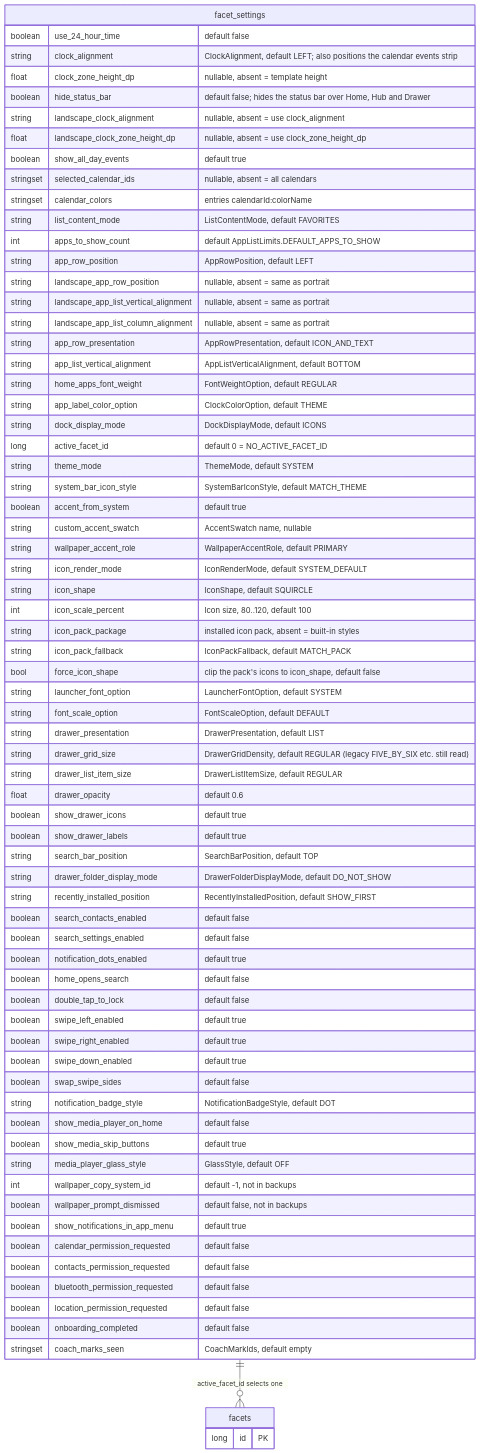
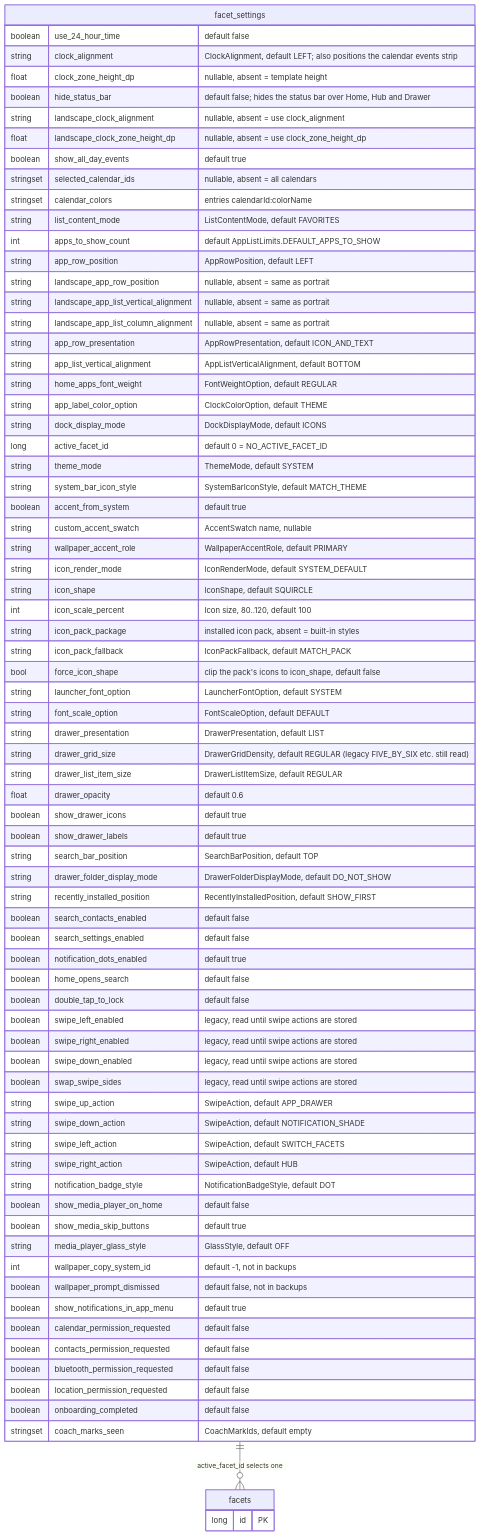
The third of 3 diagrams in docs/architecture/02-persistence-room.md (rohitganjam/facet-launcher), drawn with Mermaid before and after one commit. The commit also changed other lines of this file and 34 other files, not shown here.

First line of the commit message:
Gestures: pick an action for each swipe

````diff
--- a/docs/architecture/02-persistence-room.md
+++ b/docs/architecture/02-persistence-room.md
@@ -422,76 +422,80 @@
 ```mermaid
 erDiagram
     facet_settings {
         boolean use_24_hour_time "default false"
         string clock_alignment "ClockAlignment, default LEFT; also positions the calendar events strip"
         float clock_zone_height_dp "nullable, absent = template height"
         boolean hide_status_bar "default false; hides the status bar over Home, Hub and Drawer"
         string landscape_clock_alignment "nullable, absent = use clock_alignment"
         float landscape_clock_zone_height_dp "nullable, absent = use clock_zone_height_dp"
         boolean show_all_day_events "default true"
         stringset selected_calendar_ids "nullable, absent = all calendars"
         stringset calendar_colors "entries calendarId:colorName"
         string list_content_mode "ListContentMode, default FAVORITES"
         int apps_to_show_count "default AppListLimits.DEFAULT_APPS_TO_SHOW"
         string app_row_position "AppRowPosition, default LEFT"
         string landscape_app_row_position "nullable, absent = same as portrait"
         string landscape_app_list_vertical_alignment "nullable, absent = same as portrait"
         string landscape_app_list_column_alignment "nullable, absent = same as portrait"
         string app_row_presentation "AppRowPresentation, default ICON_AND_TEXT"
         string app_list_vertical_alignment "AppListVerticalAlignment, default BOTTOM"
         string home_apps_font_weight "FontWeightOption, default REGULAR"
         string app_label_color_option "ClockColorOption, default THEME"
         string dock_display_mode "DockDisplayMode, default ICONS"
         long active_facet_id "default 0 = NO_ACTIVE_FACET_ID"
         string theme_mode "ThemeMode, default SYSTEM"
         string system_bar_icon_style "SystemBarIconStyle, default MATCH_THEME"
         boolean accent_from_system "default true"
         string custom_accent_swatch "AccentSwatch name, nullable"
         string wallpaper_accent_role "WallpaperAccentRole, default PRIMARY"
         string icon_render_mode "IconRenderMode, default SYSTEM_DEFAULT"
         string icon_shape "IconShape, default SQUIRCLE"
         int icon_scale_percent "Icon size, 80..120, default 100"
         string icon_pack_package "installed icon pack, absent = built-in styles"
         string icon_pack_fallback "IconPackFallback, default MATCH_PACK"
         bool force_icon_shape "clip the pack's icons to icon_shape, default false"
         string launcher_font_option "LauncherFontOption, default SYSTEM"
         string font_scale_option "FontScaleOption, default DEFAULT"
         string drawer_presentation "DrawerPresentation, default LIST"
         string drawer_grid_size "DrawerGridDensity, default REGULAR (legacy FIVE_BY_SIX etc. still read)"
         string drawer_list_item_size "DrawerListItemSize, default REGULAR"
         float drawer_opacity "default 0.6"
         boolean show_drawer_icons "default true"
         boolean show_drawer_labels "default true"
         string search_bar_position "SearchBarPosition, default TOP"
         string drawer_folder_display_mode "DrawerFolderDisplayMode, default DO_NOT_SHOW"
         string recently_installed_position "RecentlyInstalledPosition, default SHOW_FIRST"
         boolean search_contacts_enabled "default false"
         boolean search_settings_enabled "default false"
         boolean notification_dots_enabled "default true"
         boolean home_opens_search "default false"
         boolean double_tap_to_lock "default false"
-        boolean swipe_left_enabled "default true"
-        boolean swipe_right_enabled "default true"
-        boolean swipe_down_enabled "default true"
-        boolean swap_swipe_sides "default false"
+        boolean swipe_left_enabled "legacy, read until swipe actions are stored"
+        boolean swipe_right_enabled "legacy, read until swipe actions are stored"
+        boolean swipe_down_enabled "legacy, read until swipe actions are stored"
+        boolean swap_swipe_sides "legacy, read until swipe actions are stored"
+        string swipe_up_action "SwipeAction, default APP_DRAWER"
+        string swipe_down_action "SwipeAction, default NOTIFICATION_SHADE"
+        string swipe_left_action "SwipeAction, default SWITCH_FACETS"
+        string swipe_right_action "SwipeAction, default HUB"
         string notification_badge_style "NotificationBadgeStyle, default DOT"
         boolean show_media_player_on_home "default false"
         boolean show_media_skip_buttons "default true"
         string media_player_glass_style "GlassStyle, default OFF"
         int wallpaper_copy_system_id "default -1, not in backups"
         boolean wallpaper_prompt_dismissed "default false, not in backups"
         boolean show_notifications_in_app_menu "default true"
         boolean calendar_permission_requested "default false"
         boolean contacts_permission_requested "default false"
         boolean bluetooth_permission_requested "default false"
         boolean location_permission_requested "default false"
         boolean onboarding_completed "default false"
         stringset coach_marks_seen "CoachMarkIds, default empty"
     }
 
     facets {
         long id PK
     }
 
     facet_settings ||--o{ facets : "active_facet_id selects one"
 ```
````
